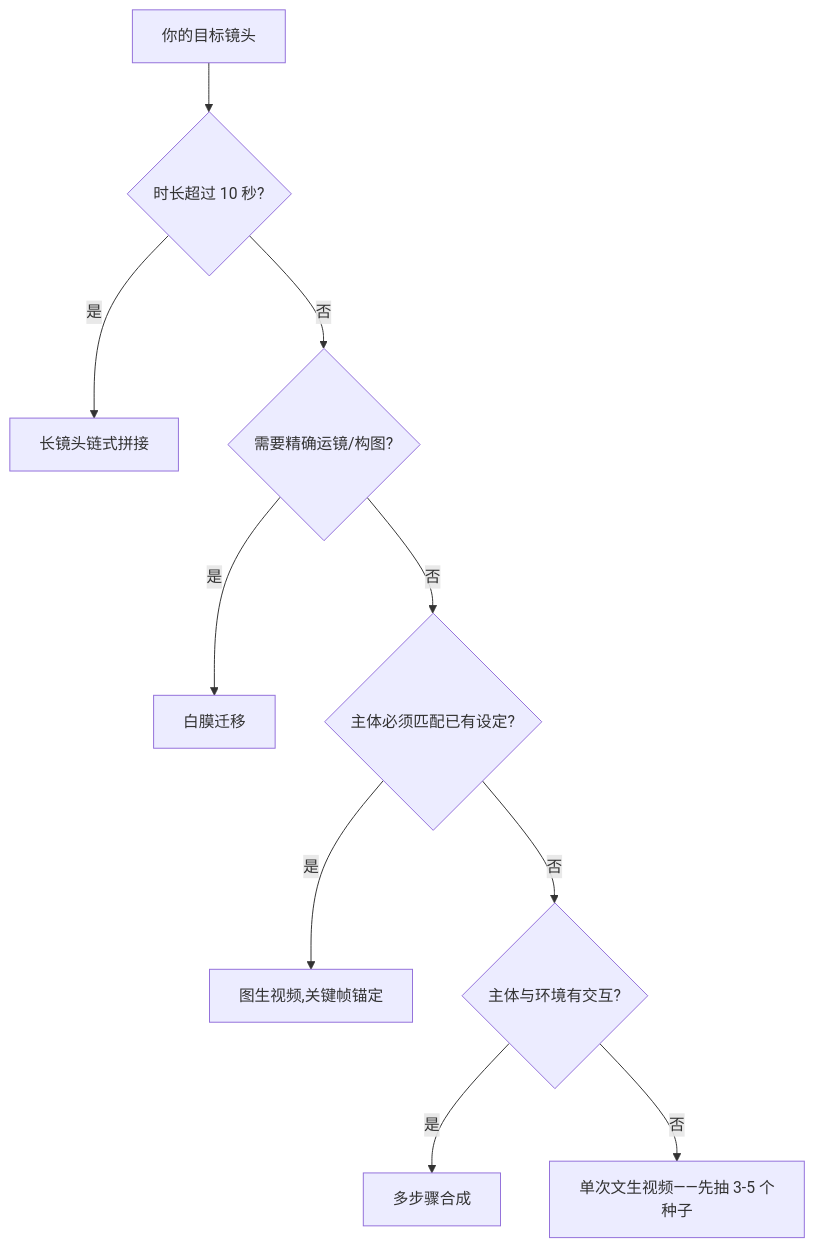
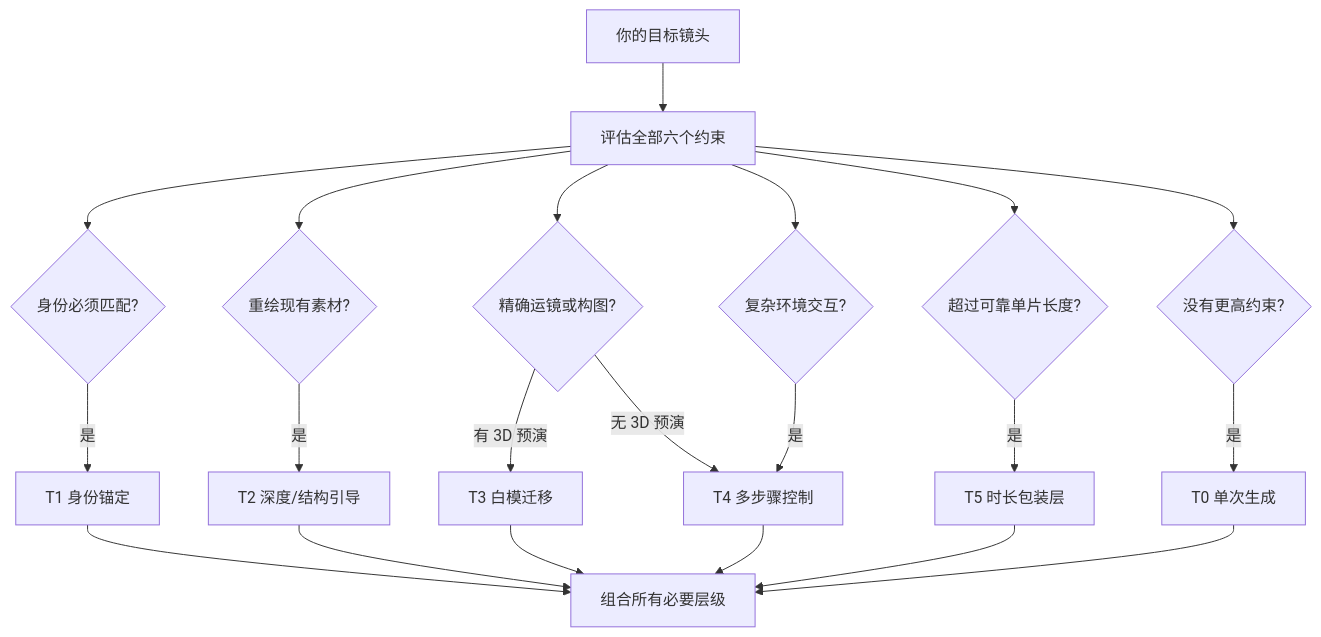
The diagram in README.zh-CN.md (kwei-k/AIGC-Tech), drawn with Mermaid before and after one commit. The commit also changed other lines of this file and 24 other files, not shown here.

````diff
--- a/README.zh-CN.md
+++ b/README.zh-CN.md
@@ -37,12 +38,23 @@
 ```mermaid
 flowchart TD
-    A[你的目标镜头] --> B{时长超过 10 秒?}
-    B -- 是 --> T5[长镜头链式拼接]
-    B -- 否 --> C{需要精确运镜/构图?}
-    C -- 是 --> T3[白膜迁移]
-    C -- 否 --> D{主体必须匹配已有设定?}
-    D -- 是 --> T1[图生视频,关键帧锚定]
-    D -- 否 --> E{主体与环境有交互?}
-    E -- 是 --> T4[多步骤合成]
-    E -- 否 --> T0[单次文生视频——先抽 3-5 个种子]
+    A[你的目标镜头] --> Q[评估全部六个约束]
+    Q --> I{身份必须匹配?}
+    I -- 是 --> T1[T1 身份锚定]
+    Q --> S{重绘现有素材?}
+    S -- 是 --> T2[T2 深度/结构引导]
+    Q --> C{精确运镜或构图?}
+    C -- 有 3D 预演 --> T3[T3 白模迁移]
+    C -- 无 3D 预演 --> T4[T4 多步骤控制]
+    Q --> X{复杂环境交互?}
+    X -- 是 --> T4
+    Q --> D{超过可靠单片长度?}
+    D -- 是 --> T5[T5 时长包装层]
+    Q --> N{没有更高约束?}
+    N -- 是 --> T0[T0 单次生成]
+    T1 --> O[组合所有必要层级]
+    T2 --> O
+    T3 --> O
+    T4 --> O
+    T5 --> O
+    T0 --> O
 ```
````
